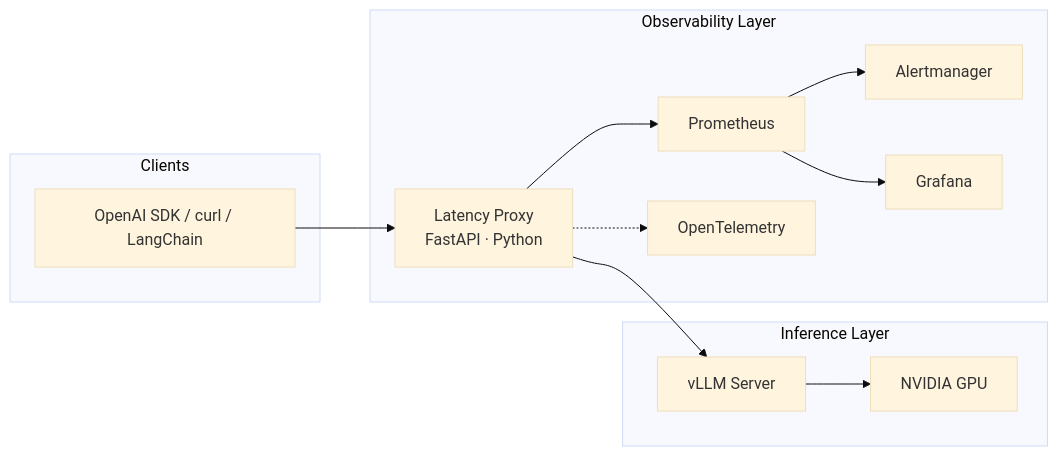
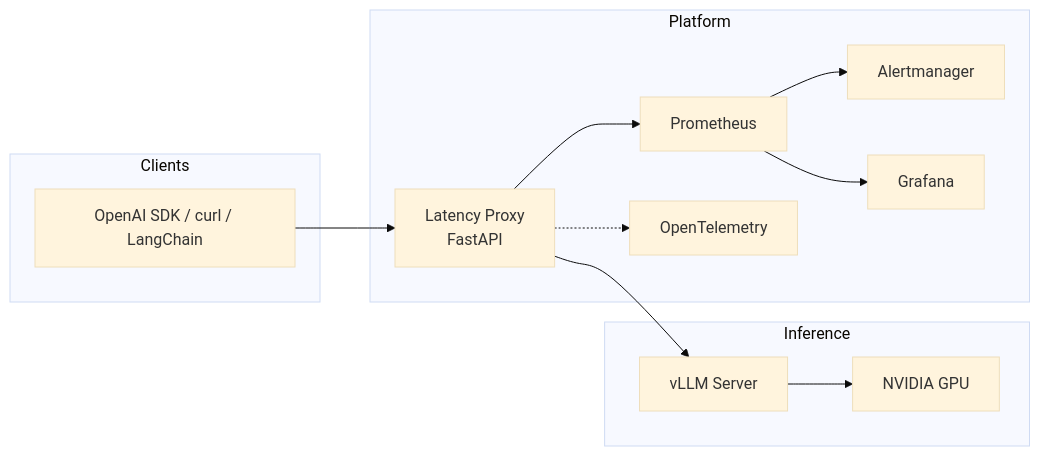
Before and after one commit to ArchanaChetan07/ai-inference-observability-platform: the first of 2 diagrams in README.md, drawn with Mermaid (base theme). The commit also changed other lines of this file and 2 other files, not shown here.

````diff
--- a/README.md
+++ b/README.md
@@ -114,22 +81,22 @@
 ```mermaid
 flowchart LR
     subgraph Clients
         SDK[OpenAI SDK / curl / LangChain]
     end
-    subgraph Observability["Observability Layer"]
-        Proxy[Latency Proxy<br/>FastAPI · Python]
+    subgraph Platform
+        Proxy[Latency Proxy<br/>FastAPI]
         Prom[Prometheus]
         AM[Alertmanager]
         Graf[Grafana]
         OTel[OpenTelemetry]
     end
-    subgraph Inference["Inference Layer"]
+    subgraph Inference
         VLLM[vLLM Server]
         GPU[NVIDIA GPU]
     end
     SDK --> Proxy
     Proxy --> VLLM --> GPU
     Proxy --> Prom --> AM
     Prom --> Graf
     Proxy -.-> OTel
 ```
````
